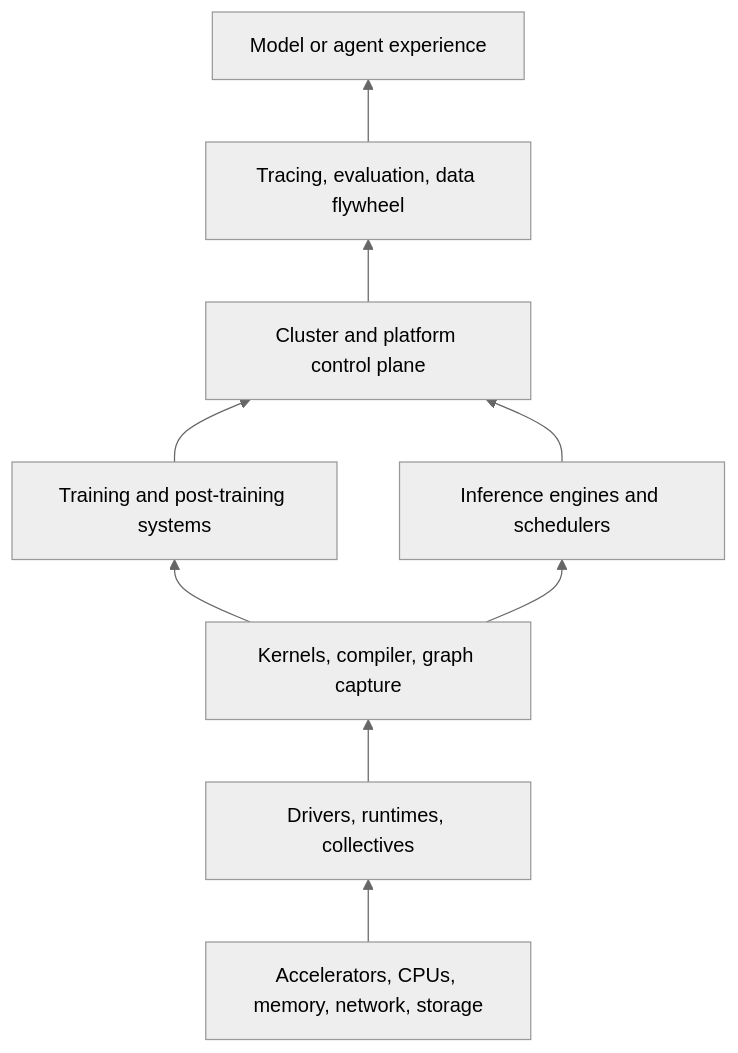
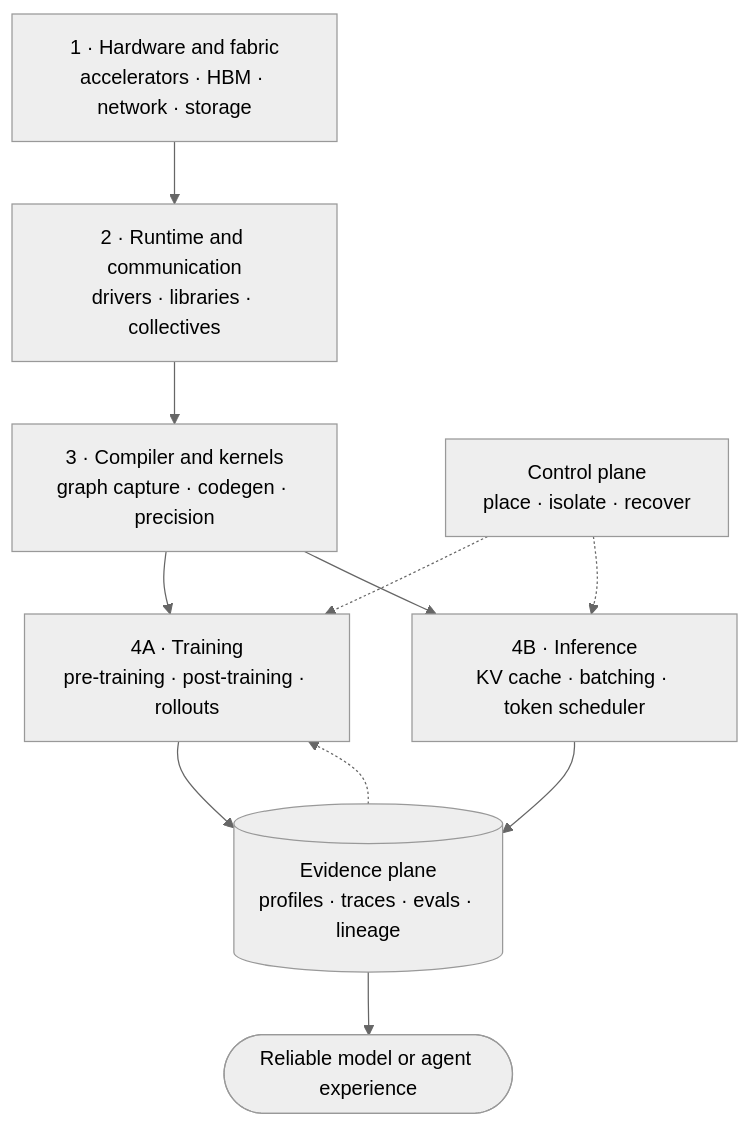
One commit to tianyi-zhang-02/cooking-agi changed the diagram in ai-infra/notes/ecosystem/01-modern-ai-infra-stack.en.md. Above: the diagram before and after it, drawn with Mermaid (neutral theme). The commit also changed 18 other files, not shown here.

Commit message:
redesign the guide diagrams

````diff
--- a/ai-infra/notes/ecosystem/01-modern-ai-infra-stack.en.md
+++ b/ai-infra/notes/ecosystem/01-modern-ai-infra-stack.en.md
@@ -11,11 +11,21 @@
 ```mermaid
-flowchart BT
-    H[Accelerators, CPUs, memory, network, storage] --> R[Drivers, runtimes, collectives]
-    R --> K[Kernels, compiler, graph capture]
-    K --> T[Training and post-training systems]
-    K --> I[Inference engines and schedulers]
-    T --> P[Cluster and platform control plane]
-    I --> P
-    P --> E[Tracing, evaluation, data flywheel]
-    E --> X[Model or agent experience]
+flowchart TB
+    H["1 · Hardware and fabric<br/>accelerators · HBM · network · storage"]
+    R["2 · Runtime and communication<br/>drivers · libraries · collectives"]
+    K["3 · Compiler and kernels<br/>graph capture · codegen · precision"]
+    T["4A · Training<br/>pre-training · post-training · rollouts"]
+    I["4B · Inference<br/>KV cache · batching · token scheduler"]
+    P["Control plane<br/>place · isolate · recover"]
+    E[("Evidence plane<br/>profiles · traces · evals · lineage")]
+    X(["Reliable model or agent experience"])
+
+    H --> R --> K
+    K --> T
+    K --> I
+    P -.-> T
+    P -.-> I
+    T --> E
+    I --> E
+    E --> X
+    E -.-> T
 ```
````
